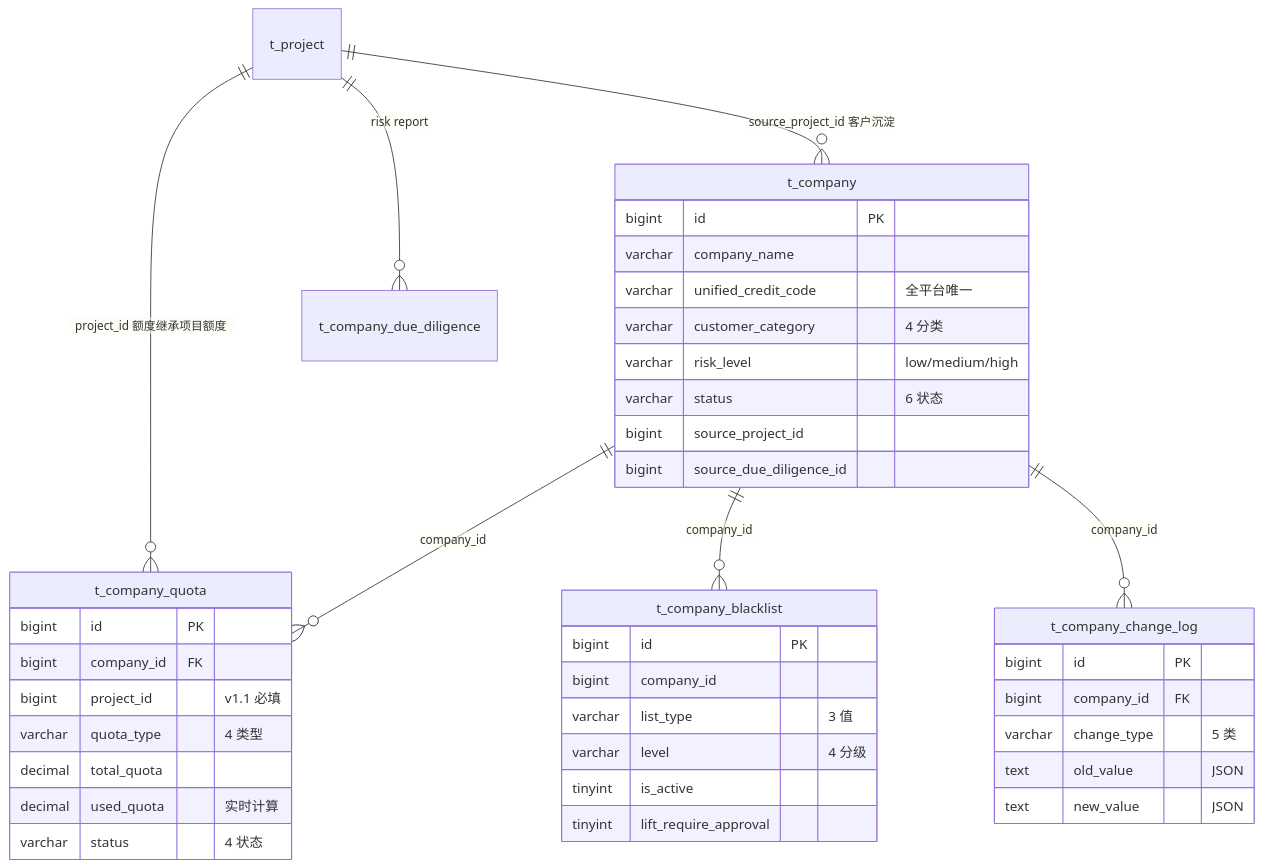
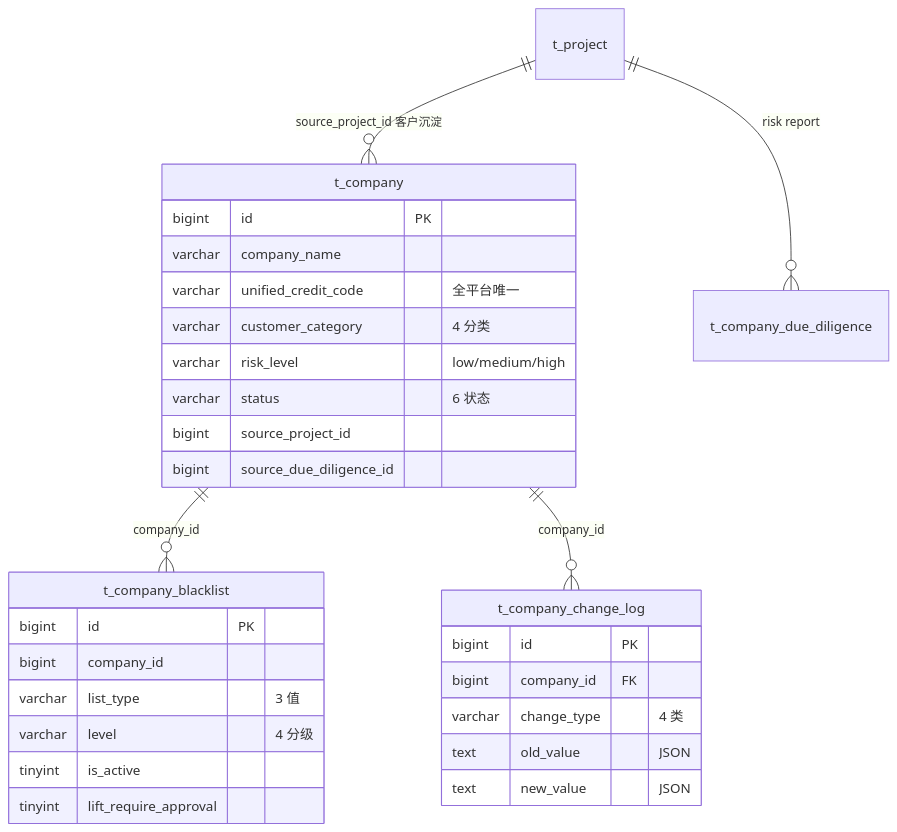
The seventh of 7 diagrams in docs-v2/02.02-客户管理.md (Ummyue/gyt-admin), drawn with Mermaid before and after one commit. The commit also changed other lines of this file and 40 other files, not shown here.

````diff
--- a/docs-v2/02.02-客户管理.md
+++ b/docs-v2/02.02-客户管理.md
@@ -892,43 +938,32 @@
 ```mermaid
 erDiagram
     t_project ||--o{ t_company : "source_project_id 客户沉淀"
-    t_project ||--o{ t_company_quota : "project_id 额度继承项目额度"
     t_project ||--o{ t_company_due_diligence : "risk report"
-    t_company ||--o{ t_company_quota : "company_id"
     t_company ||--o{ t_company_blacklist : "company_id"
     t_company ||--o{ t_company_change_log : "company_id"
     t_company {
         bigint id PK
         varchar company_name
         varchar unified_credit_code "全平台唯一"
         varchar customer_category "4 分类"
         varchar risk_level "low/medium/high"
         varchar status "6 状态"
         bigint source_project_id
         bigint source_due_diligence_id
     }
-    t_company_quota {
-        bigint id PK
-        bigint company_id FK
-        bigint project_id "v1.1 必填"
-        varchar quota_type "4 类型"
-        decimal total_quota
-        decimal used_quota "实时计算"
-        varchar status "4 状态"
-    }
     t_company_blacklist {
         bigint id PK
         bigint company_id
         varchar list_type "3 值"
         varchar level "4 分级"
         tinyint is_active
         tinyint lift_require_approval
     }
     t_company_change_log {
         bigint id PK
         bigint company_id FK
-        varchar change_type "5 类"
+        varchar change_type "4 类"
         text old_value "JSON"
         text new_value "JSON"
     }
 ```
````
